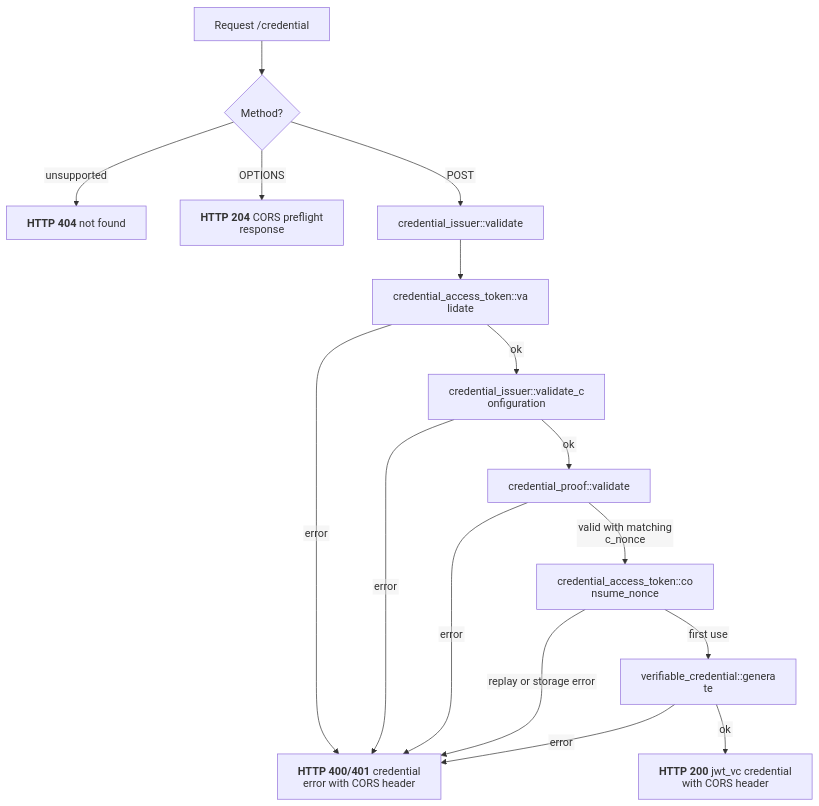
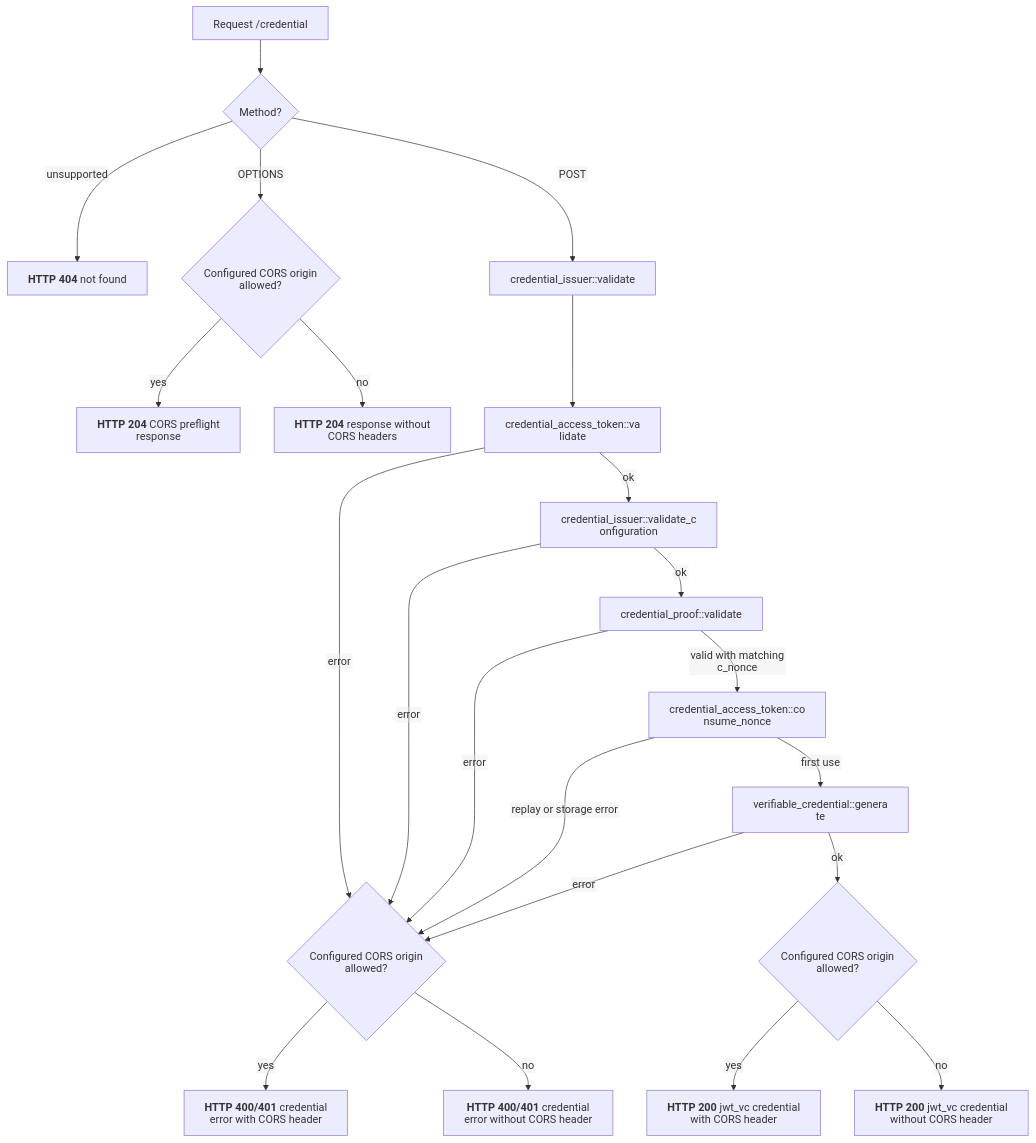
The diagram in docs/flows/openid4vci/credential_endpoint.mmd (malach-it/kagome), drawn with Mermaid before and after one commit. The commit also changed 25 other files, not shown here.

```diff
--- a/docs/flows/openid4vci/credential_endpoint.mmd
+++ b/docs/flows/openid4vci/credential_endpoint.mmd
@@ -1,17 +1,23 @@
 %%{init: {"htmlLabels": false, "flowchart": {"htmlLabels": false}}}%%
 flowchart TD
     start[Request /credential] --> method{Method?}
     method -- unsupported --> not_found["`**HTTP 404** not found`"]
-    method -- OPTIONS --> preflight["`**HTTP 204** CORS preflight response`"]
+    method -- OPTIONS --> preflight_origin{Configured CORS origin allowed?}
+    preflight_origin -- yes --> preflight["`**HTTP 204** CORS preflight response`"]
+    preflight_origin -- no --> plain_preflight["`**HTTP 204** response without CORS headers`"]
     method -- POST --> issuer["credential_issuer::validate"]
     issuer --> bearer["credential_access_token::validate"]
-    bearer -- error --> credential_error["`**HTTP 400/401** credential error with CORS header`"]
+    bearer -- error --> credential_error_origin
     bearer -- ok --> configuration["credential_issuer::validate_configuration"]
-    configuration -- error --> credential_error
+    configuration -- error --> credential_error_origin
     configuration -- ok --> proof["credential_proof::validate"]
-    proof -- error --> credential_error
+    proof -- error --> credential_error_origin
     proof -- valid with matching c_nonce --> consume["credential_access_token::consume_nonce"]
-    consume -- replay or storage error --> credential_error
+    consume -- replay or storage error --> credential_error_origin
     consume -- first use --> generate["verifiable_credential::generate"]
-    generate -- error --> credential_error
-    generate -- ok --> success["`**HTTP 200** jwt_vc credential with CORS header`"]
+    generate -- error --> credential_error_origin
+    generate -- ok --> success_origin{Configured CORS origin allowed?}
+    credential_error_origin{Configured CORS origin allowed?} -- yes --> cors_error["`**HTTP 400/401** credential error with CORS header`"]
+    credential_error_origin -- no --> credential_error["`**HTTP 400/401** credential error without CORS header`"]
+    success_origin -- yes --> cors_success["`**HTTP 200** jwt_vc credential with CORS header`"]
+    success_origin -- no --> success["`**HTTP 200** jwt_vc credential without CORS header`"]
```
